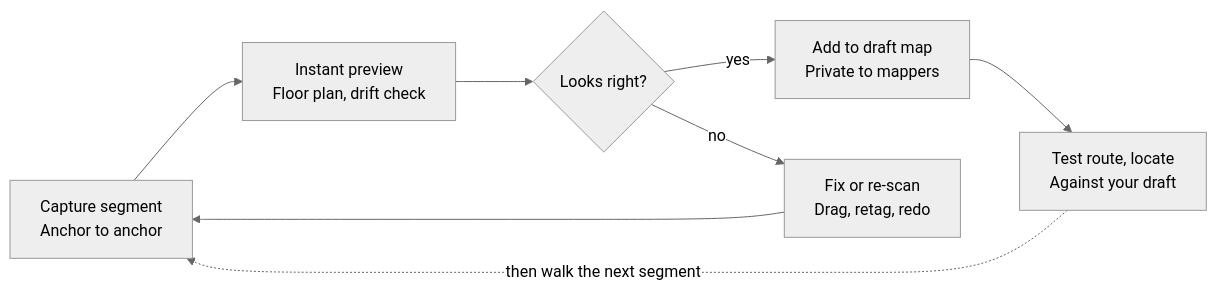
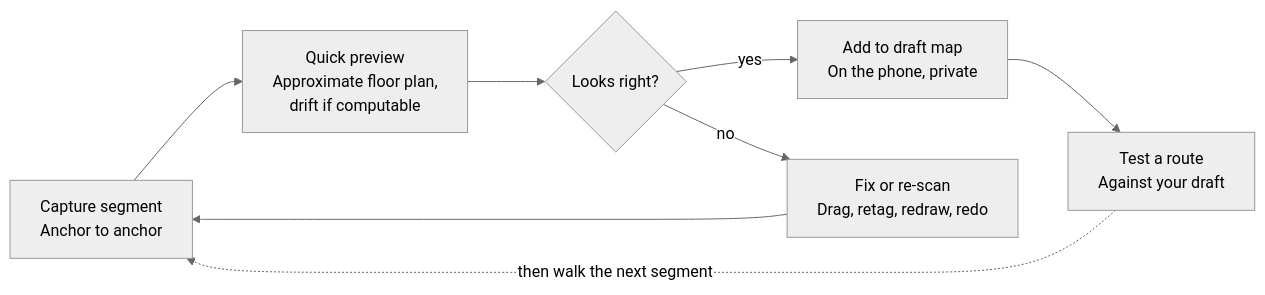
The second of 2 diagrams in docs/spec.md (zenion/underground-sg), drawn with Mermaid (neutral theme) before and after one commit. The commit also changed other lines of this file and 15 other files, not shown here.

First line of the commit message:
Apply stack decisions to spec, ADRs, schema and backlog

````diff
--- a/docs/spec.md
+++ b/docs/spec.md
@@ -87,10 +129,10 @@
 ```mermaid
 flowchart LR
-  cap["Capture segment<br/>Anchor to anchor"] --> prev["Instant preview<br/>Floor plan, drift check"]
+  cap["Capture segment<br/>Anchor to anchor"] --> prev["Quick preview<br/>Approximate floor plan,<br/>drift if computable"]
   prev --> ok{"Looks right?"}
-  ok -- yes --> draft["Add to draft map<br/>Private to mappers"]
-  ok -- no --> fix["Fix or re-scan<br/>Drag, retag, redo"]
+  ok -- yes --> draft["Add to draft map<br/>On the phone, private"]
+  ok -- no --> fix["Fix or re-scan<br/>Drag, retag, redraw, redo"]
   fix --> cap
-  draft --> test["Test route, locate<br/>Against your draft"]
+  draft --> test["Test a route<br/>Against your draft"]
   test -. then walk the next segment .-> cap
 ```
````
